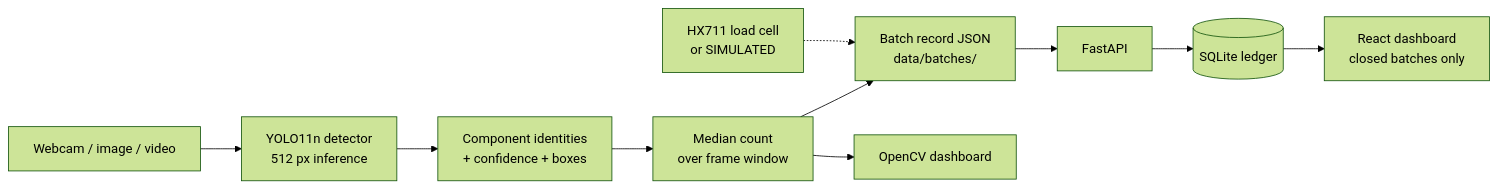
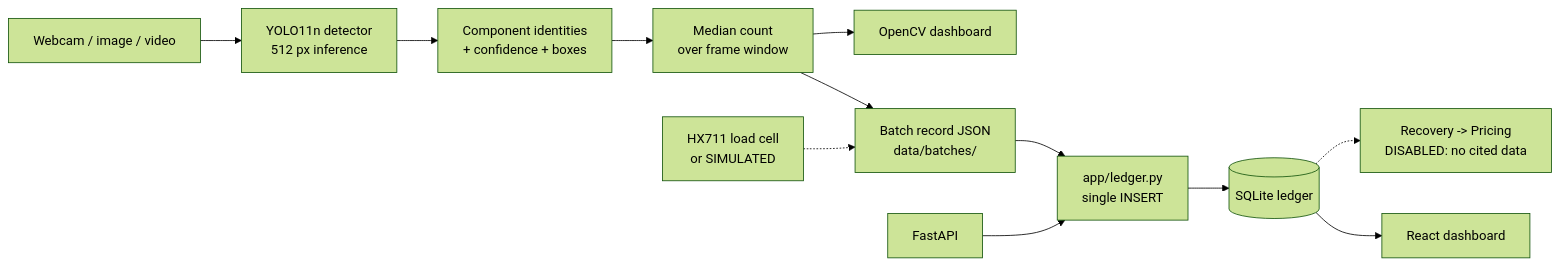
One commit to parth-sharma-10/aurum changed the diagram in docs/architecture.md. Above: the diagram before and after it, drawn with Mermaid (forest theme). The commit also changed other lines of this file and 10 other files, not shown here.

````diff
--- a/docs/architecture.md
+++ b/docs/architecture.md
@@ -9,12 +9,14 @@
 ```mermaid
 flowchart LR
     CAM[Webcam / image / video] --> DET[YOLO11n detector<br/>512 px inference]
     DET --> ID[Component identities<br/>+ confidence + boxes]
     ID --> CNT[Median count<br/>over frame window]
     CNT --> REC[Batch record JSON<br/>data/batches/]
     W[HX711 load cell<br/>or SIMULATED] -.-> REC
     CNT --> UI[OpenCV dashboard]
-    REC --> API[FastAPI]
-    API --> DB[(SQLite ledger)]
-    DB --> WEB[React dashboard<br/>closed batches only]
+    REC --> LED[app/ledger.py<br/>single INSERT]
+    API[FastAPI] --> LED
+    LED --> DB[(SQLite ledger)]
+    DB --> WEB[React dashboard]
+    DB -.-> VAL[Recovery -> Pricing<br/>DISABLED: no cited data]
 ```
````
